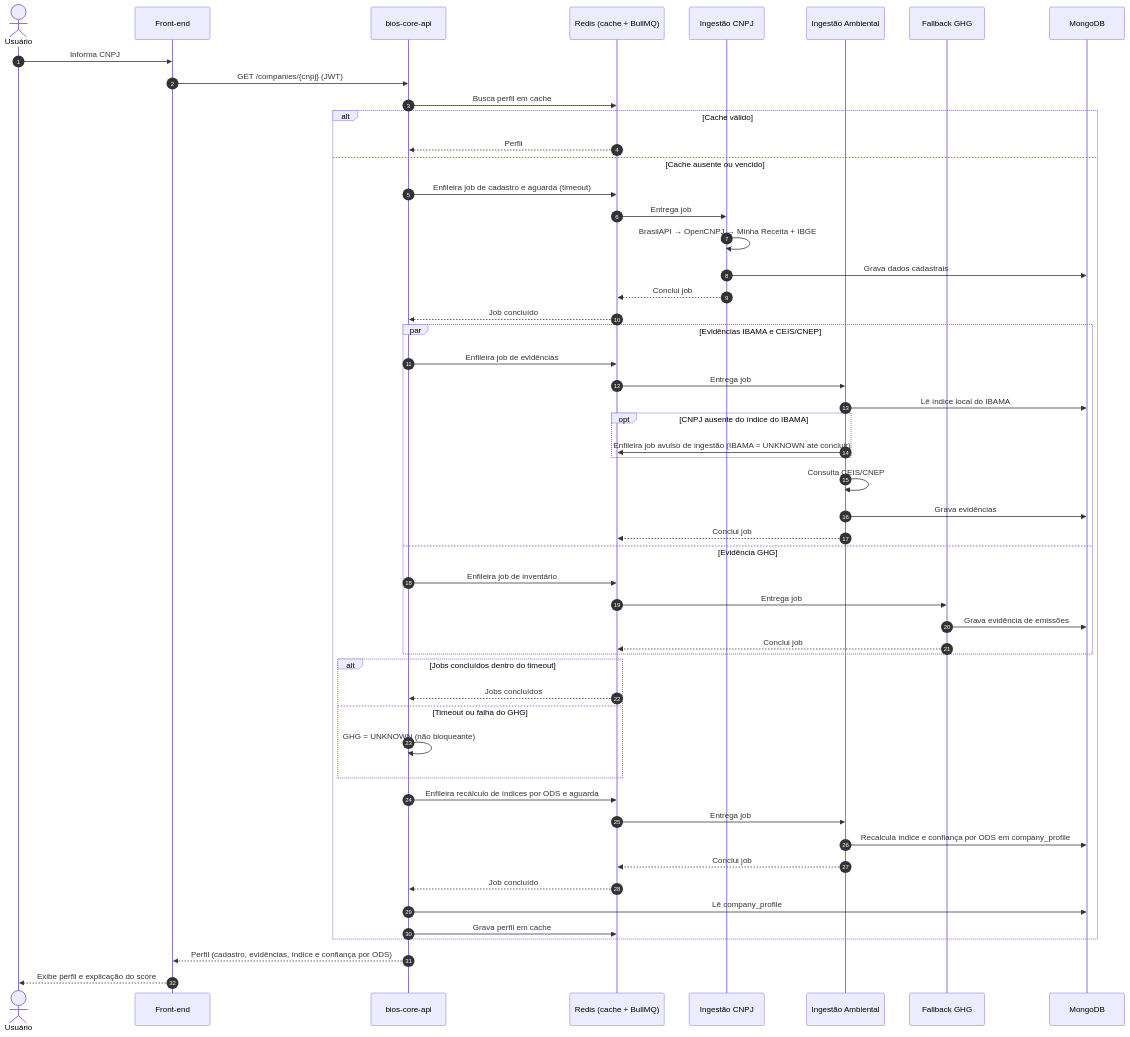
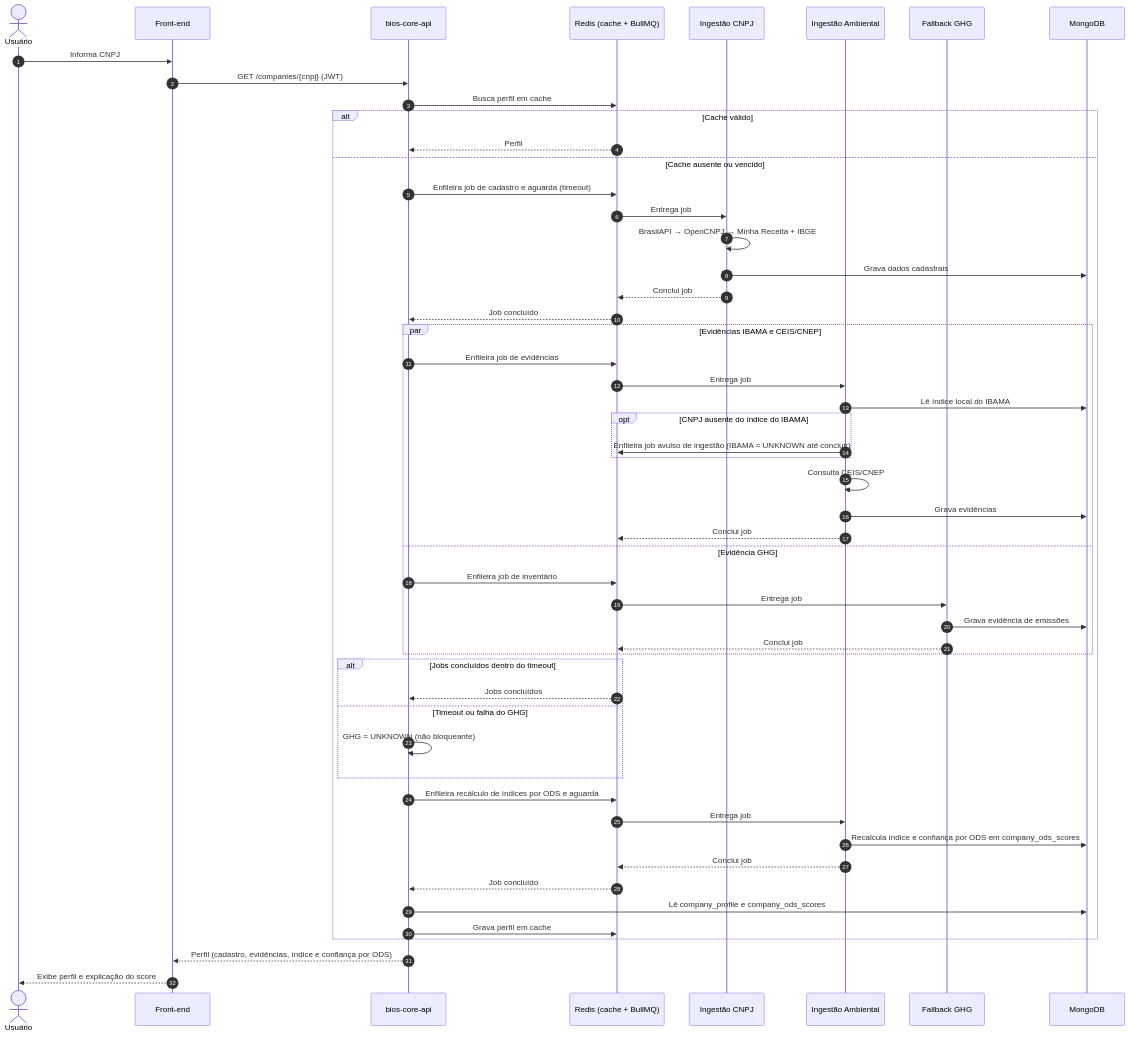
One commit to odavibatista/bios-docs changed the third of 5 diagrams in 08-Artefatos-de-Análise.md. Above: the diagram before and after it, drawn with Mermaid. The commit also changed other lines of this file and 4 other files, not shown here.

Commit message:
chore(docs): DBML + diagrama do banco adicionados

````diff
--- a/08-Artefatos-de-Análise.md
+++ b/08-Artefatos-de-Análise.md
@@ -802,56 +803,56 @@
 ```mermaid
 sequenceDiagram
     autonumber
     actor U as Usuário
     participant FE as Front-end
     participant API as bios-core-api
     participant R as Redis (cache + BullMQ)
     participant CNPJ as Ingestão CNPJ
     participant AMB as Ingestão Ambiental
     participant GHG as Fallback GHG
     participant DB as MongoDB
 
     U->>FE: Informa CNPJ
     FE->>API: GET /companies/{cnpj} (JWT)
     API->>R: Busca perfil em cache
     alt Cache válido
         R-->>API: Perfil
     else Cache ausente ou vencido
         API->>R: Enfileira job de cadastro e aguarda (timeout)
         R->>CNPJ: Entrega job
         CNPJ->>CNPJ: BrasilAPI → OpenCNPJ → Minha Receita + IBGE
         CNPJ->>DB: Grava dados cadastrais
         CNPJ-->>R: Conclui job
         R-->>API: Job concluído
         par Evidências IBAMA e CEIS/CNEP
             API->>R: Enfileira job de evidências
             R->>AMB: Entrega job
             AMB->>DB: Lê índice local do IBAMA
             opt CNPJ ausente do índice do IBAMA
                 AMB->>R: Enfileira job avulso de ingestão (IBAMA = UNKNOWN até concluir)
             end
             AMB->>AMB: Consulta CEIS/CNEP
             AMB->>DB: Grava evidências
             AMB-->>R: Conclui job
         and Evidência GHG
             API->>R: Enfileira job de inventário
             R->>GHG: Entrega job
             GHG->>DB: Grava evidência de emissões
             GHG-->>R: Conclui job
         end
         alt Jobs concluídos dentro do timeout
             R-->>API: Jobs concluídos
         else Timeout ou falha do GHG
             API->>API: GHG = UNKNOWN (não bloqueante)
         end
         API->>R: Enfileira recálculo de índices por ODS e aguarda
         R->>AMB: Entrega job
-        AMB->>DB: Recalcula índice e confiança por ODS em company_profile
+        AMB->>DB: Recalcula índice e confiança por ODS em company_ods_scores
         AMB-->>R: Conclui job
         R-->>API: Job concluído
-        API->>DB: Lê company_profile
+        API->>DB: Lê company_profile e company_ods_scores
         API->>R: Grava perfil em cache
     end
     API-->>FE: Perfil (cadastro, evidências, índice e confiança por ODS)
     FE-->>U: Exibe perfil e explicação do score
 ```
````
